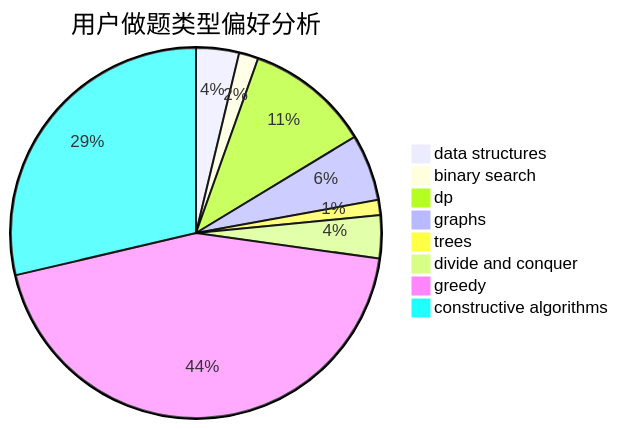
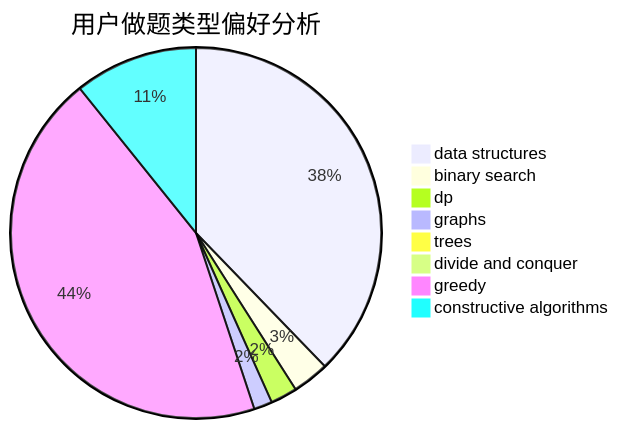
One commit to sherpahu/cfrs.github.io changed the second of 3 diagrams in docs/user/u90.md. Above: the diagram before and after it, drawn with Mermaid. The commit also changed other lines of this file and 2770 other files, not shown here.

````diff
--- a/docs/user/u90.md
+++ b/docs/user/u90.md
@@ -23,11 +23,11 @@
 ```mermaid
 pie title 用户做题类型偏好分析
-    "data structures" :  31
-    "binary search" :  14
-    "dp" :  90
-    "graphs" :  48
-    "trees" :  11
-    "divide and conquer" :  31
-    "greedy" :  365
-    "constructive algorithms" :  237
+    "data structures" :  519
+    "binary search" :  44
+    "dp" :  32
+    "graphs" :  22
+    "trees" :  8
+    "divide and conquer" :  1
+    "greedy" :  609
+    "constructive algorithms" :  148
 ```
````
